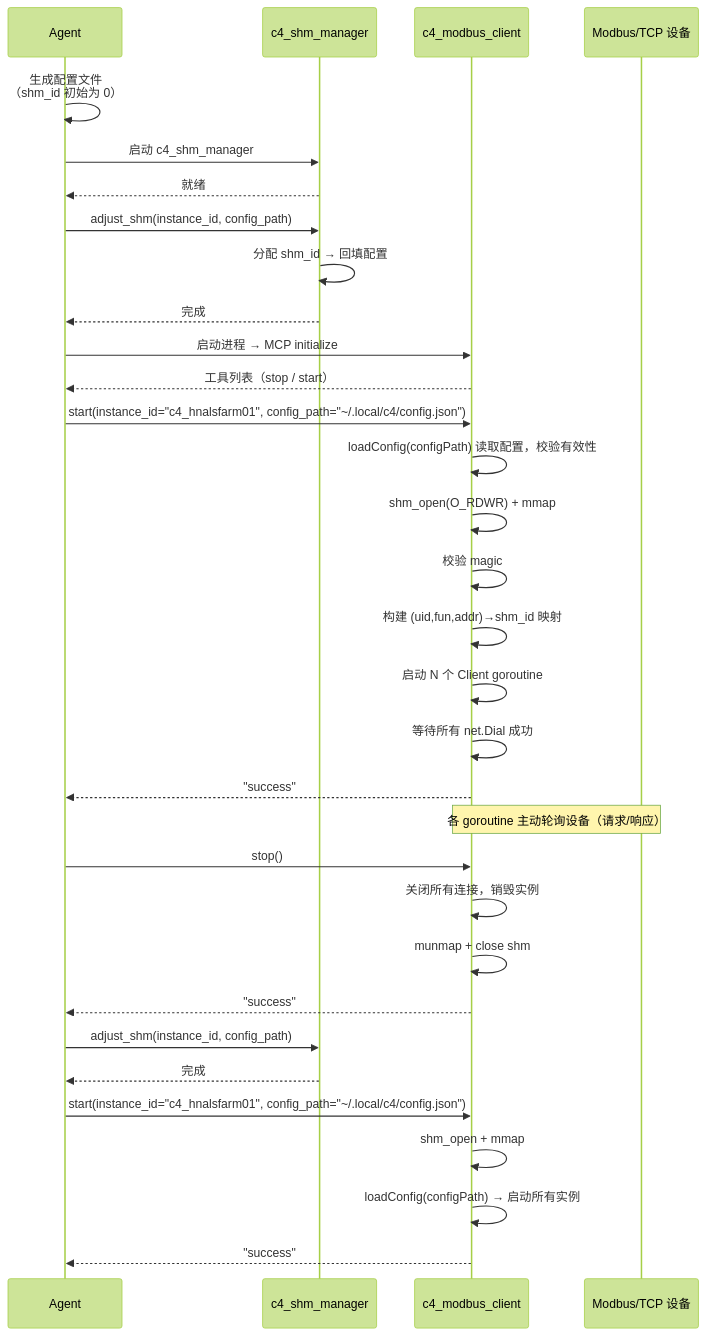
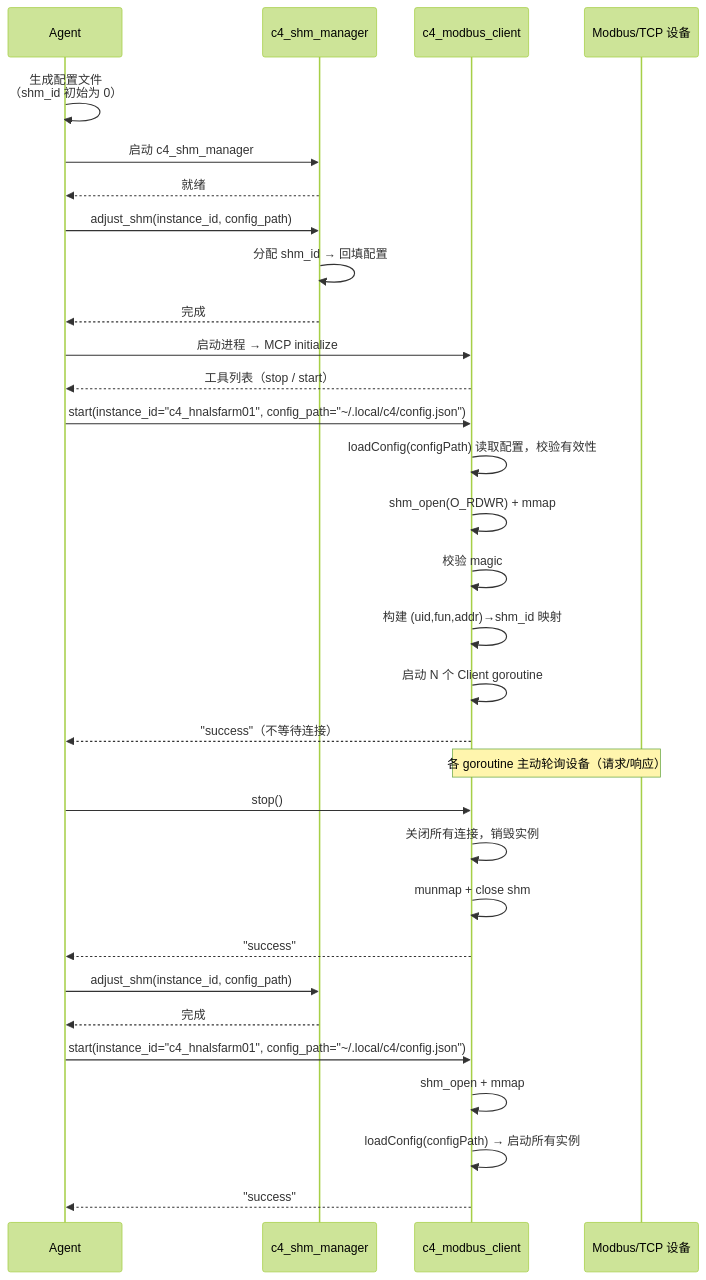
Before and after one commit to activesys/c4: the second of 3 diagrams in docs/design/c4_modbus_client.md, drawn with Mermaid (forest theme). The commit also changed other lines of this file and 2 other files, not shown here.

````diff
--- a/docs/design/c4_modbus_client.md
+++ b/docs/design/c4_modbus_client.md
@@ -236,39 +235,38 @@
 ```mermaid
 sequenceDiagram
     participant A as Agent
     participant SM as c4_shm_manager
     participant C as c4_modbus_client
     participant D as Modbus/TCP 设备
 
     A->>A: 生成配置文件<br/>（shm_id 初始为 0）
     A->>SM: 启动 c4_shm_manager
     SM-->>A: 就绪
     A->>SM: adjust_shm(instance_id, config_path)
     SM->>SM: 分配 shm_id → 回填配置
     SM-->>A: 完成
 
     A->>C: 启动进程 → MCP initialize
     C-->>A: 工具列表（stop / start）
 
     A->>C: start(instance_id="c4_hnalsfarm01", config_path="~/.local/c4/config.json")
     C->>C: loadConfig(configPath) 读取配置，校验有效性
     C->>C: shm_open(O_RDWR) + mmap
     C->>C: 校验 magic
     C->>C: 构建 (uid,fun,addr)→shm_id 映射
     C->>C: 启动 N 个 Client goroutine
-    C->>C: 等待所有 net.Dial 成功
-    C-->>A: "success"
+    C-->>A: "success"（不等待连接）
 
     Note over C,D: 各 goroutine 主动轮询设备（请求/响应）
 
     A->>C: stop()
     C->>C: 关闭所有连接，销毁实例
     C->>C: munmap + close shm
     C-->>A: "success"
     A->>SM: adjust_shm(instance_id, config_path)
     SM-->>A: 完成
     A->>C: start(instance_id="c4_hnalsfarm01", config_path="~/.local/c4/config.json")
     C->>C: shm_open + mmap
     C->>C: loadConfig(configPath) → 启动所有实例
     C-->>A: "success"
 ```
````
